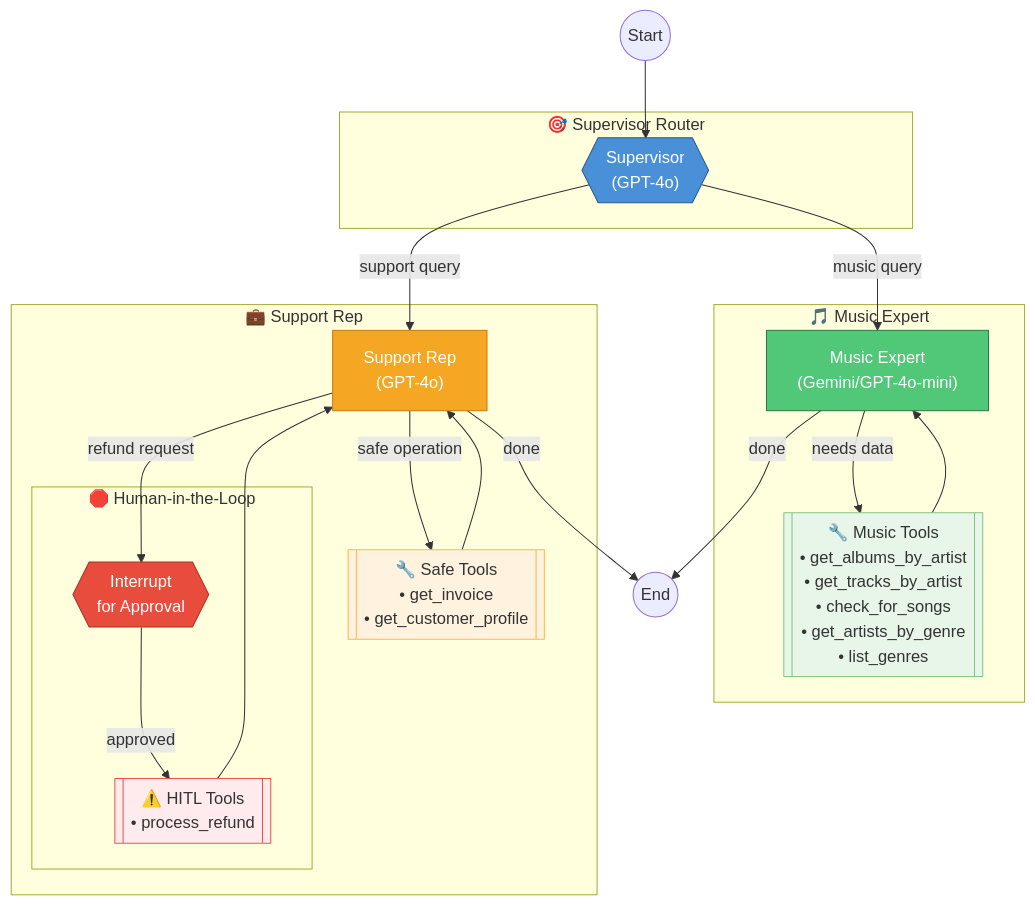
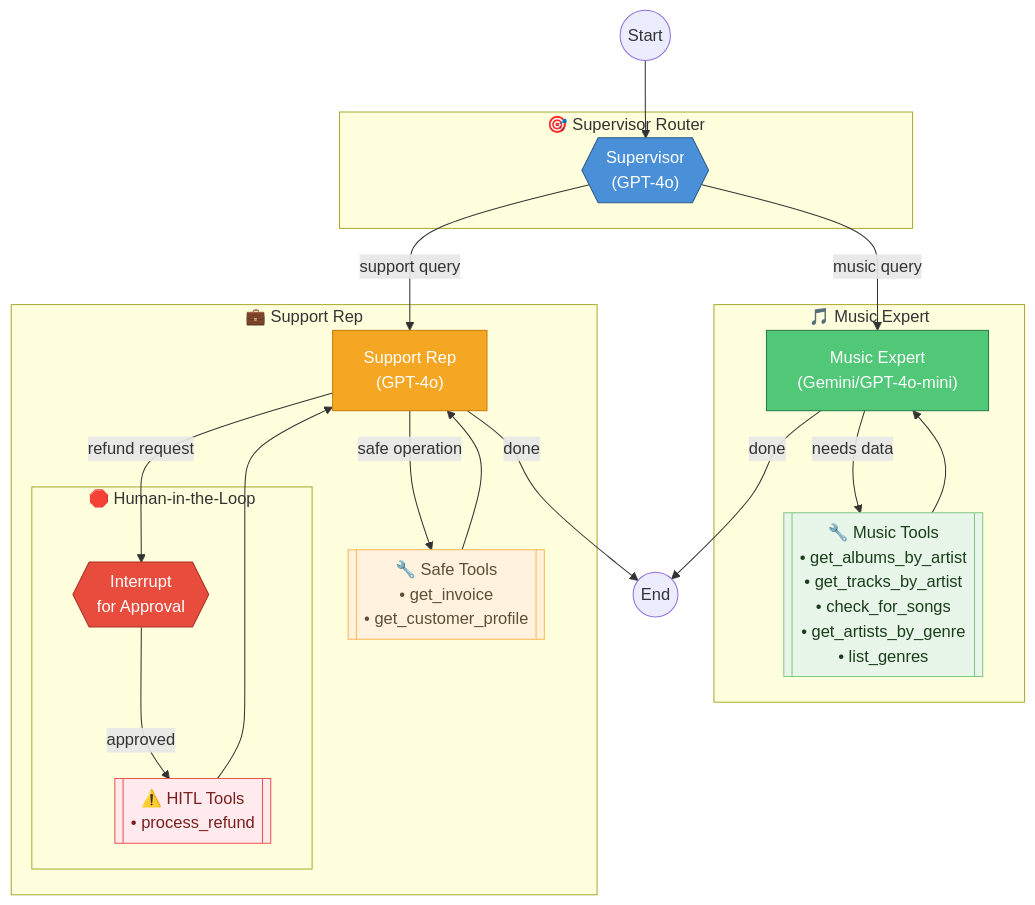
Before and after one commit to scarolan/music_store_assistant: the diagram in README.md, drawn with Mermaid.

Commit message:
Use darker font colors in tool boxes for readability

````diff
--- a/README.md
+++ b/README.md
@@ -9,46 +9,46 @@
 ```mermaid
 flowchart TD
     Start((Start)) --> supervisor
 
     subgraph Routing["🎯 Supervisor Router"]
         supervisor{{"Supervisor<br/>(GPT-4o)"}}
     end
 
     supervisor -->|"music query"| music_expert
     supervisor -->|"support query"| support_rep
 
     subgraph Music["🎵 Music Expert"]
         music_expert["Music Expert<br/>(Gemini/GPT-4o-mini)"]
         music_tools[["🔧 Music Tools<br/>• get_albums_by_artist<br/>• get_tracks_by_artist<br/>• check_for_songs<br/>• get_artists_by_genre<br/>• list_genres"]]
         music_expert -->|"needs data"| music_tools
         music_tools --> music_expert
     end
 
     subgraph Support["💼 Support Rep"]
         support_rep["Support Rep<br/>(GPT-4o)"]
         support_tools[["🔧 Safe Tools<br/>• get_invoice<br/>• get_customer_profile"]]
         refund_tools[["⚠️ HITL Tools<br/>• process_refund"]]
         
         support_rep -->|"safe operation"| support_tools
         support_rep -->|"refund request"| hitl
         support_tools --> support_rep
         
         subgraph HITL["🛑 Human-in-the-Loop"]
             hitl{{"Interrupt<br/>for Approval"}}
             hitl -->|"approved"| refund_tools
         end
         
         refund_tools --> support_rep
     end
 
     music_expert -->|"done"| End((End))
     support_rep -->|"done"| End
 
     style supervisor fill:#4a90d9,stroke:#2d5a87,color:#fff
     style music_expert fill:#50c878,stroke:#2d7a4a,color:#fff
     style support_rep fill:#f5a623,stroke:#c77d0a,color:#fff
     style hitl fill:#e74c3c,stroke:#a93226,color:#fff
-    style music_tools fill:#e8f5e9,stroke:#81c784
-    style support_tools fill:#fff3e0,stroke:#ffb74d
-    style refund_tools fill:#ffebee,stroke:#ef5350
+    style music_tools fill:#e8f5e9,stroke:#81c784,color:#1a3d1a
+    style support_tools fill:#fff3e0,stroke:#ffb74d,color:#5d4e37
+    style refund_tools fill:#ffebee,stroke:#ef5350,color:#7a1f1f
 ```
````
